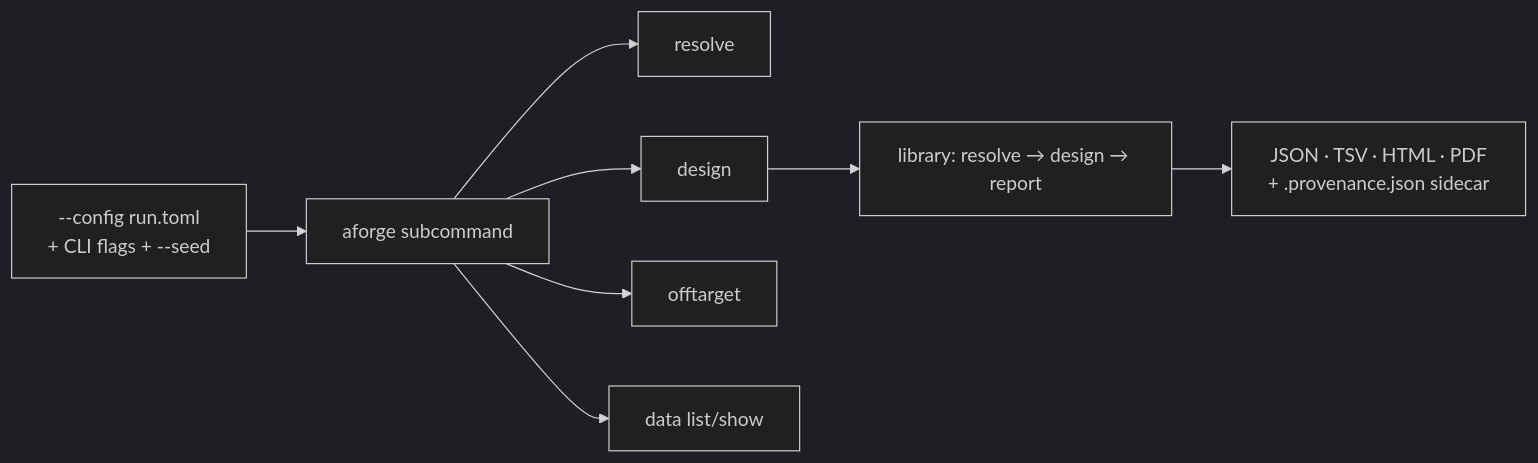
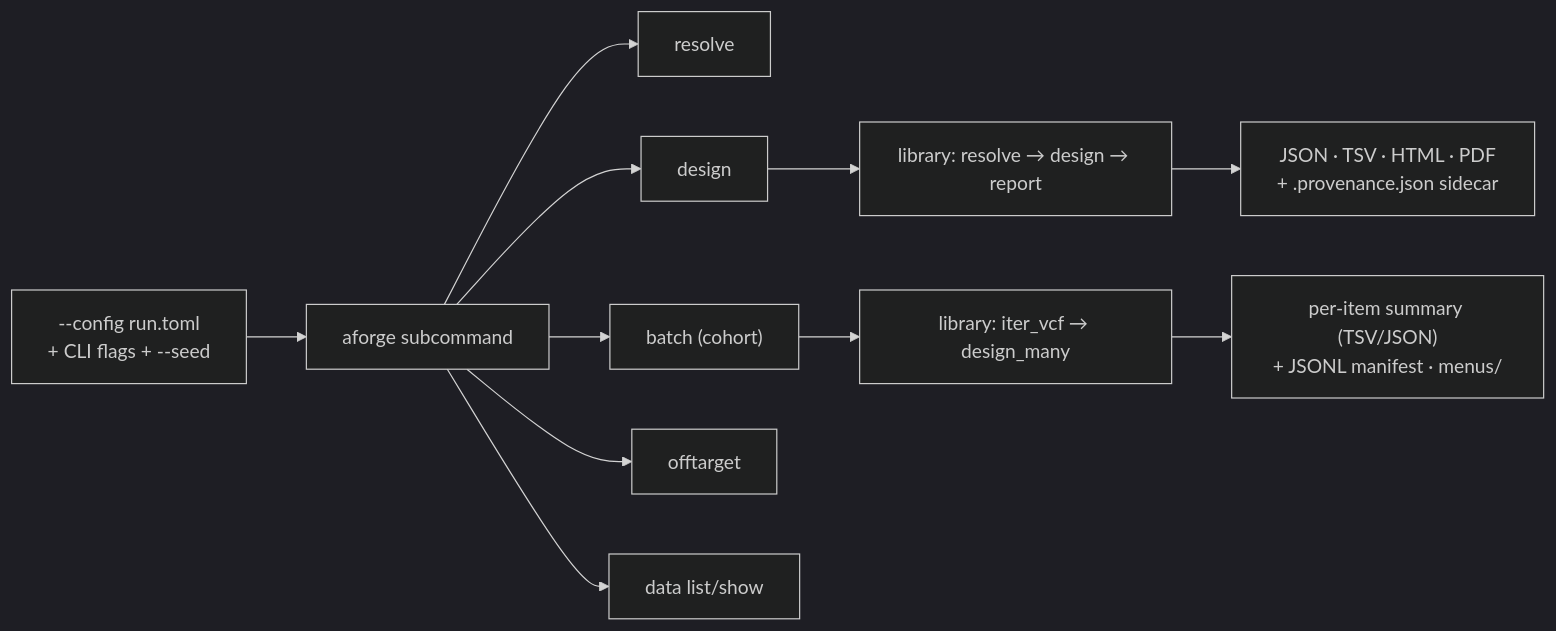
One commit to clay-good/alleleforge changed diagram 11 of 13 in README.md. Above: the diagram before and after it, drawn with Mermaid (dark theme). The commit also changed other lines of this file and 5 other files, not shown here.

First line of the commit message:
feat(R4/CLI): aforge batch — cohort design from a VCF or variant list

````diff
--- a/README.md
+++ b/README.md
@@ -829,10 +838,13 @@
 ```mermaid
 flowchart LR
     CFG["--config run.toml<br/>+ CLI flags + --seed"] --> CMD
     CMD["aforge subcommand"] --> RES["resolve"]
     CMD --> DES["design"]
+    CMD --> BAT["batch (cohort)"]
     CMD --> OT["offtarget"]
     CMD --> DAT["data list/show"]
     DES --> R["library: resolve → design → report"]
+    BAT --> MANY["library: iter_vcf → design_many"]
+    MANY --> SUM["per-item summary (TSV/JSON)<br/>+ JSONL manifest · menus/"]
     R --> OUT["JSON · TSV · HTML · PDF<br/>+ .provenance.json sidecar"]
 ```
````
